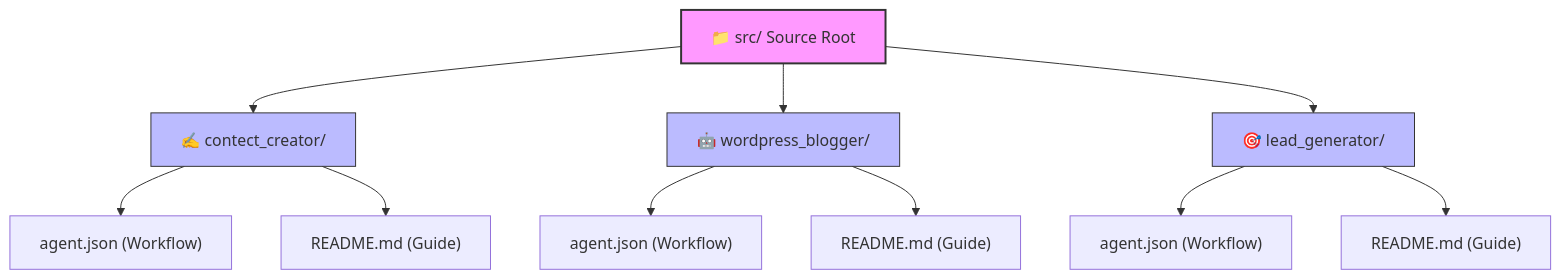
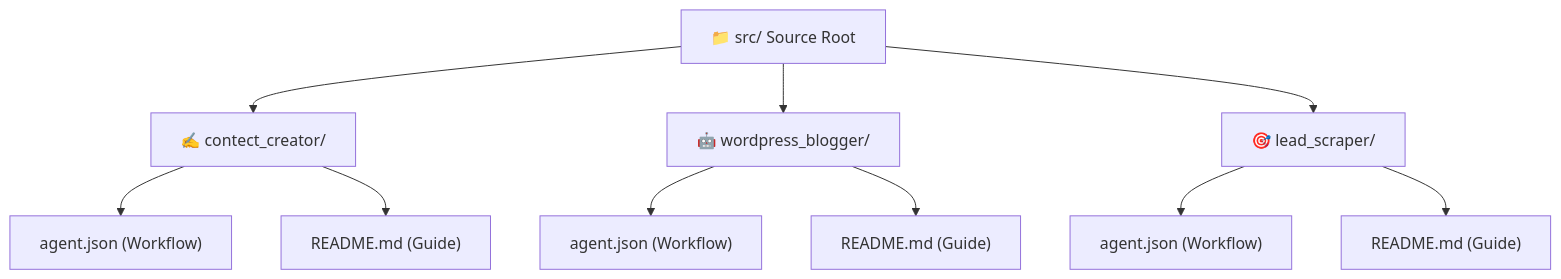
Before and after one commit to beydah/N8N-AI-Agent: the diagram in src/README.md, drawn with Mermaid. The commit also changed other lines of this file and 15 other files, not shown here.

````diff
--- a/src/README.md
+++ b/src/README.md
@@ -19,18 +17,13 @@
 ```mermaid
 graph TD
     Source["📁 src/ Source Root"] --> Content["✍️ contect_creator/"]
     Source --> Blogger["🤖 wordpress_blogger/"]
-    Source --> Leads["🎯 lead_generator/"]
+    Source --> Leads["🎯 lead_scraper/"]
 
     Content --> ContentJson["agent.json (Workflow)"]
     Content --> ContentReadme["README.md (Guide)"]
     Blogger --> BloggerJson["agent.json (Workflow)"]
     Blogger --> BloggerReadme["README.md (Guide)"]
     Leads --> LeadsJson["agent.json (Workflow)"]
     Leads --> LeadsReadme["README.md (Guide)"]
-
-    style Source fill:#f9f,stroke:#333,stroke-width:2px
-    style Content fill:#bbf,stroke:#333
-    style Blogger fill:#bbf,stroke:#333
-    style Leads fill:#bbf,stroke:#333
 ```
````
